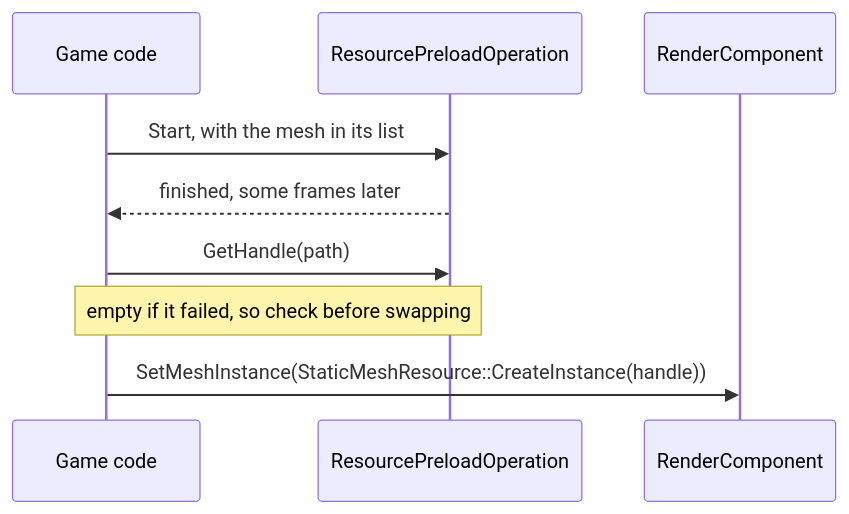
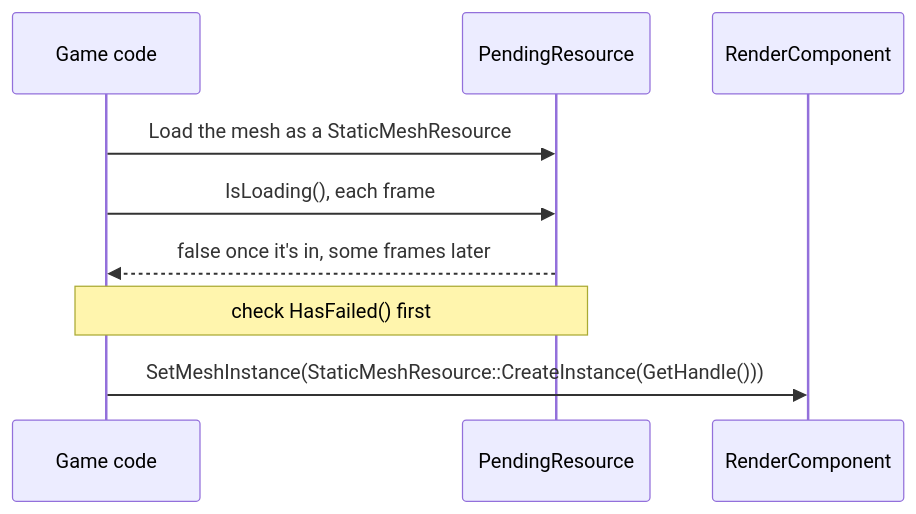
The fourth of 4 diagrams in Docs/Generated/Engine/04-Rendering/Materials-Meshes-Shaders.md (b1nary0/RZE), drawn with Mermaid before and after one commit. The commit also changed other lines of this file and 21 other files, not shown here.

````diff
--- a/Docs/Generated/Engine/04-Rendering/Materials-Meshes-Shaders.md
+++ b/Docs/Generated/Engine/04-Rendering/Materials-Meshes-Shaders.md
@@ -146,12 +146,12 @@
 ```mermaid
 %%{init: {'flowchart': {'subGraphTitleMargin': {'top': 6, 'bottom': 10}}, 'themeCSS': '.labelBkg, .edgeLabel { background-color: var(--background-primary) !important; } .messageText, .labelText, .loopText { paint-order: stroke; stroke: var(--background-primary); stroke-width: 5px; stroke-linejoin: round; }'}}%%
 sequenceDiagram
     participant Game as Game code
-    participant Preload as ResourcePreloadOperation
+    participant Mesh as PendingResource
     participant Comp as RenderComponent
-    Game->>Preload: Start, with the mesh in its list
-    Preload-->>Game: finished, some frames later
-    Game->>Preload: GetHandle(path)
-    Note over Game,Preload: empty if it failed, so check before swapping
-    Game->>Comp: SetMeshInstance(StaticMeshResource::CreateInstance(handle))
+    Game->>Mesh: Load the mesh as a StaticMeshResource
+    Game->>Mesh: IsLoading(), each frame
+    Mesh-->>Game: false once it's in, some frames later
+    Note over Game,Mesh: check HasFailed() first
+    Game->>Comp: SetMeshInstance(StaticMeshResource::CreateInstance(GetHandle()))
 ```
````
